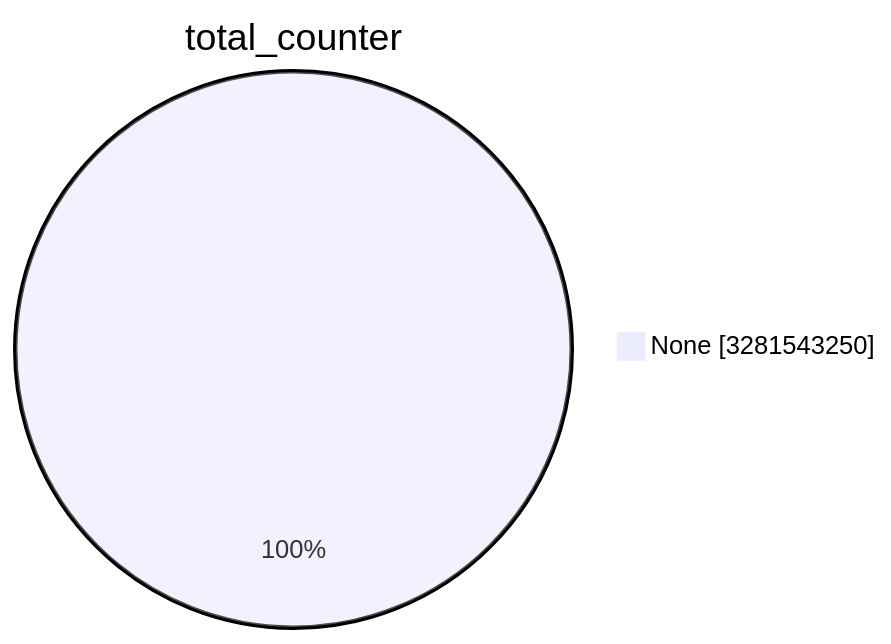
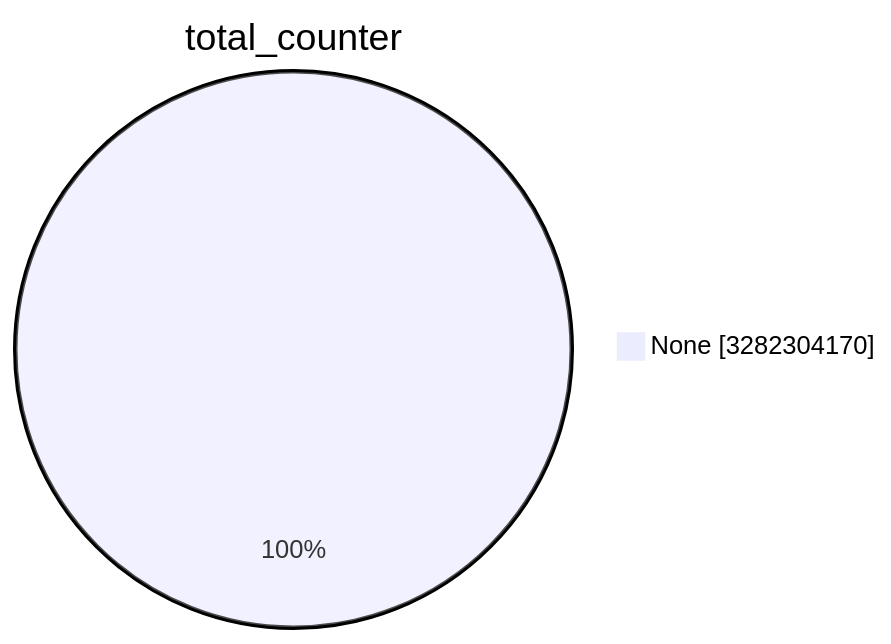
The first of 15 diagrams in TOTAL/README.md (christiankrug/ctmonitor_visualization), drawn with Mermaid before and after one commit. The commit also changed other lines of this file, not shown here.

````diff
--- a/TOTAL/README.md
+++ b/TOTAL/README.md
@@ -1,5 +1,5 @@
 ```mermaid
 pie showData
 title total_counter
-"None" :3281543250
+"None" :3282304170
 ```
````
